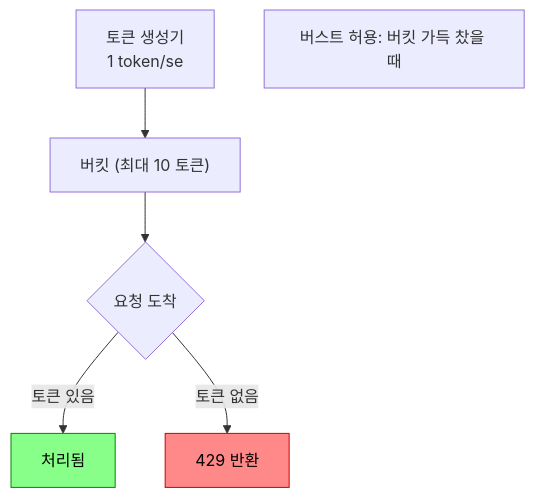
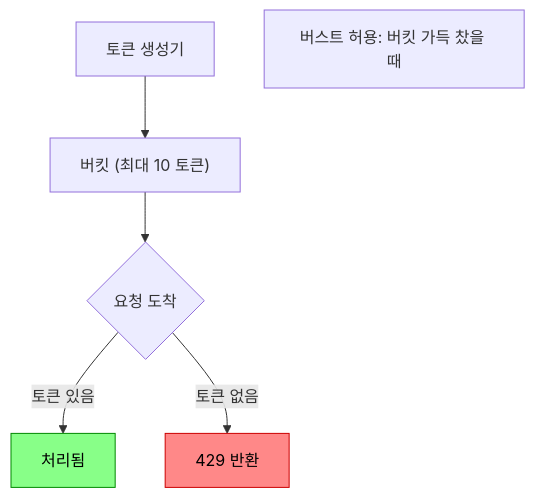
One commit to yjkim2015/yjkim2015.github.io changed the sixth of 13 diagrams in _posts/spring/2026-05-01-rate-limiting.md. Above: the diagram before and after it, drawn with Mermaid. The commit also changed other lines of this file and 217 other files, not shown here.

First line of the commit message:
Mermaid 크기 수정: useMaxWidth:true + SVG max-width:100% + 라벨 축소

````diff
--- a/_posts/spring/2026-05-01-rate-limiting.md
+++ b/_posts/spring/2026-05-01-rate-limiting.md
@@ -181,11 +181,11 @@
 ```mermaid
 graph TD
-    GEN["토큰 생성기\n1 token/se"]
+    GEN["토큰 생성기"]
     GEN --> BKT["버킷 (최대 10 토큰)"]
     BKT --> REQ{"요청 도착"}
     REQ -->|"토큰 있음"| OK["처리됨"]
     REQ -->|"토큰 없음"| DENY["429 반환"]
     NOTE["버스트 허용: 버킷 가득 찼을 때"]
     style OK fill:#8f8,stroke:#080,color:#000
     style DENY fill:#f88,stroke:#c00,color:#000
 ```
````
